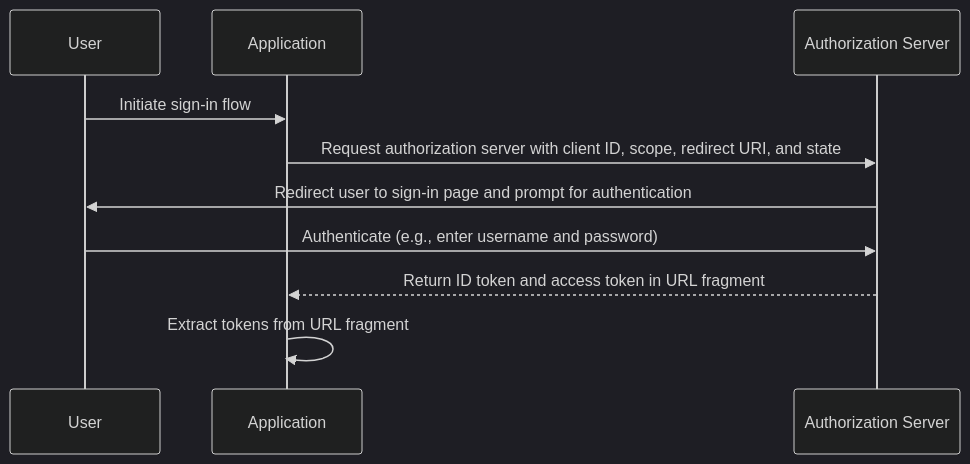
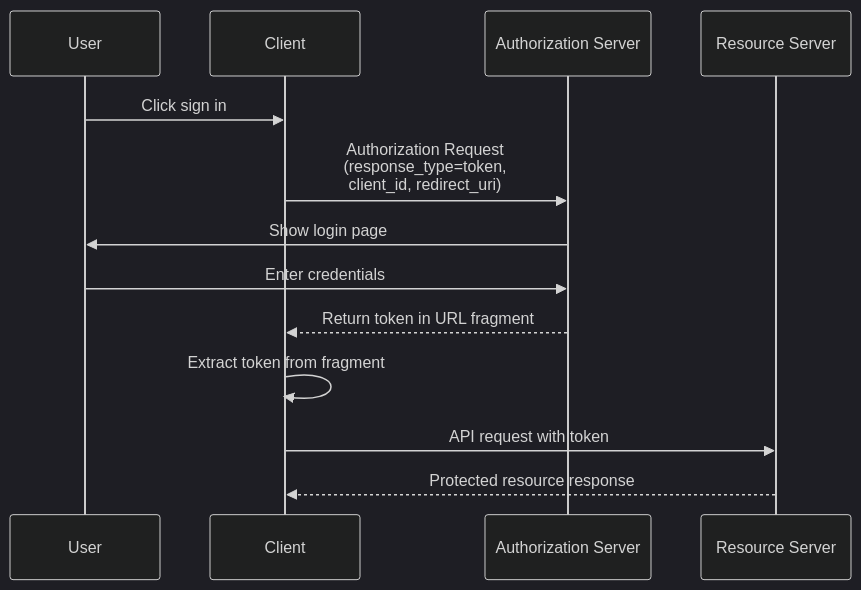
Before and after one commit to logto-io/auth-wiki: the diagram in src/content/terms/en/implicit-flow.mdx, drawn with Mermaid (dark theme). The commit also changed other lines of this file, not shown here.

Commit message:
refactor: update implicit flow (#99)

````diff
--- a/src/content/terms/en/implicit-flow.mdx
+++ b/src/content/terms/en/implicit-flow.mdx
@@ -20,12 +19,16 @@
 ```mermaid
 sequenceDiagram
-participant User
-participant Application
-participant Authorization Server
-User->>Application: Initiate sign-in flow
-Application->>Authorization Server: Request authorization server with client ID, scope, redirect URI, and state
-Authorization Server->>User: Redirect user to sign-in page and prompt for authentication
-User->>Authorization Server: Authenticate (e.g., enter username and password)
-Authorization Server -->>Application: Return ID token and access token in URL fragment
-Application->>Application: Extract tokens from URL fragment
+  participant U as User
+  participant C as Client
+  participant AS as Authorization Server
+  participant RS as Resource Server
+
+  U->>C: Click sign in
+  C->>AS: Authorization Request<br/>(response_type=token,<br/>client_id, redirect_uri)
+  AS->>U: Show login page
+  U->>AS: Enter credentials
+  AS-->>C: Return token in URL fragment
+  C->>C: Extract token from fragment
+  C->>RS: API request with token
+  RS-->>C: Protected resource response
 ```
````
